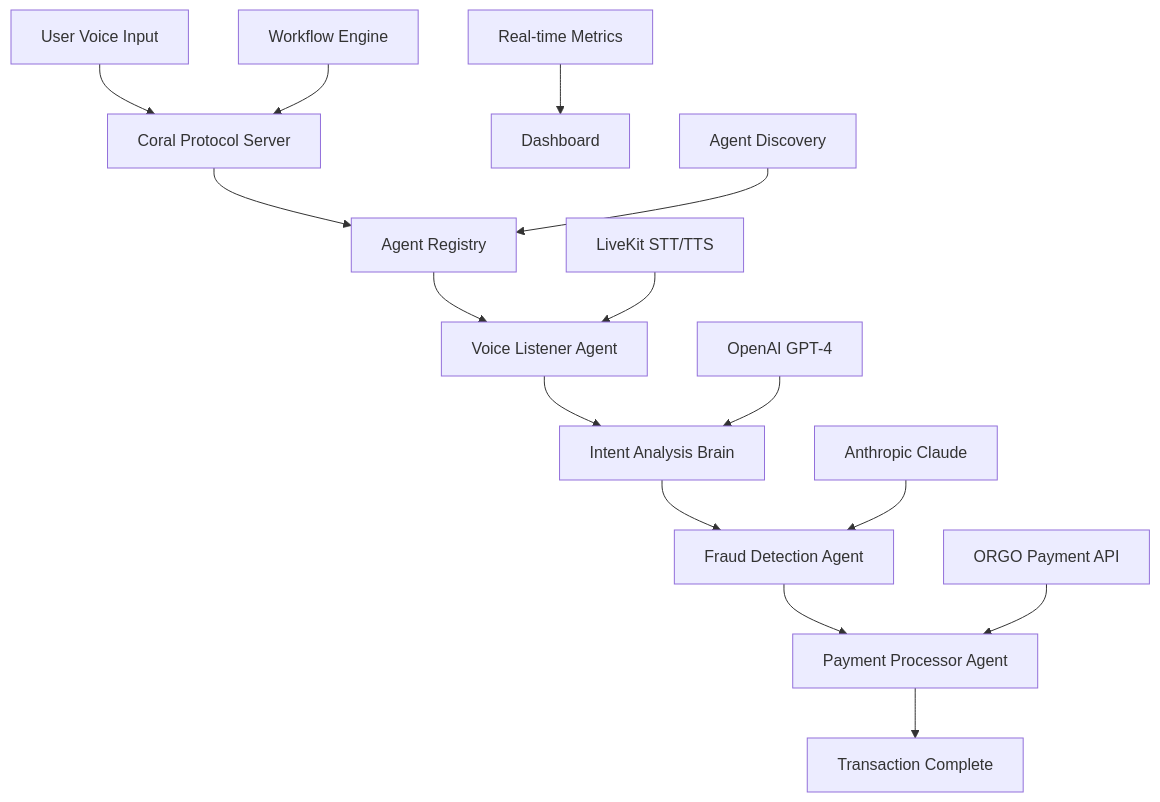
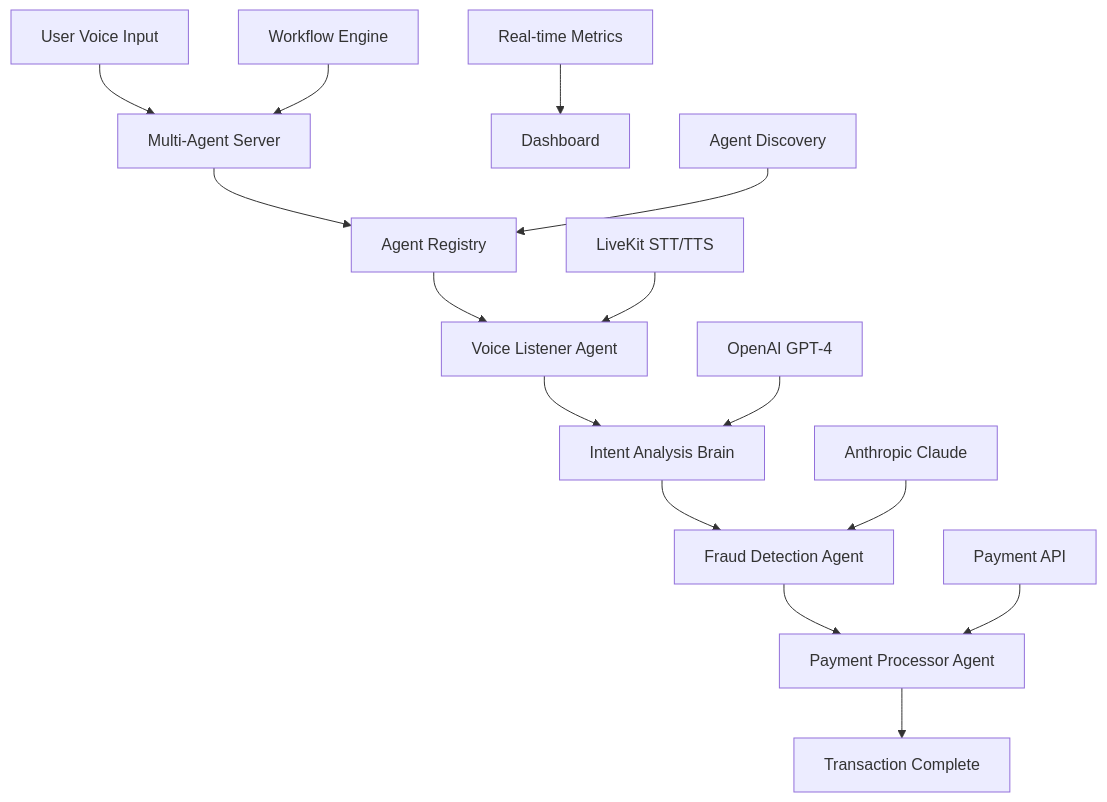
Before and after one commit to lucylow/coral-rush: the first of 4 diagrams in README.md, drawn with Mermaid. The commit also changed other lines of this file and 6 other files, not shown here.

````diff
--- a/README.md
+++ b/README.md
@@ -28,19 +28,19 @@
 ```mermaid
 graph TB
-    A[User Voice Input] --> B[Coral Protocol Server]
+    A[User Voice Input] --> B[Multi-Agent Server]
     B --> C[Agent Registry]
     C --> D[Voice Listener Agent]
     D --> E[Intent Analysis Brain]
     E --> F[Fraud Detection Agent]
     F --> G[Payment Processor Agent]
     G --> H[Transaction Complete]
     
     I[LiveKit STT/TTS] --> D
     J[OpenAI GPT-4] --> E
     K[Anthropic Claude] --> F
-    L[ORGO Payment API] --> G
+    L[Payment API] --> G
     
     M[Real-time Metrics] --> N[Dashboard]
     O[Agent Discovery] --> C
     P[Workflow Engine] --> B
 ```
````
